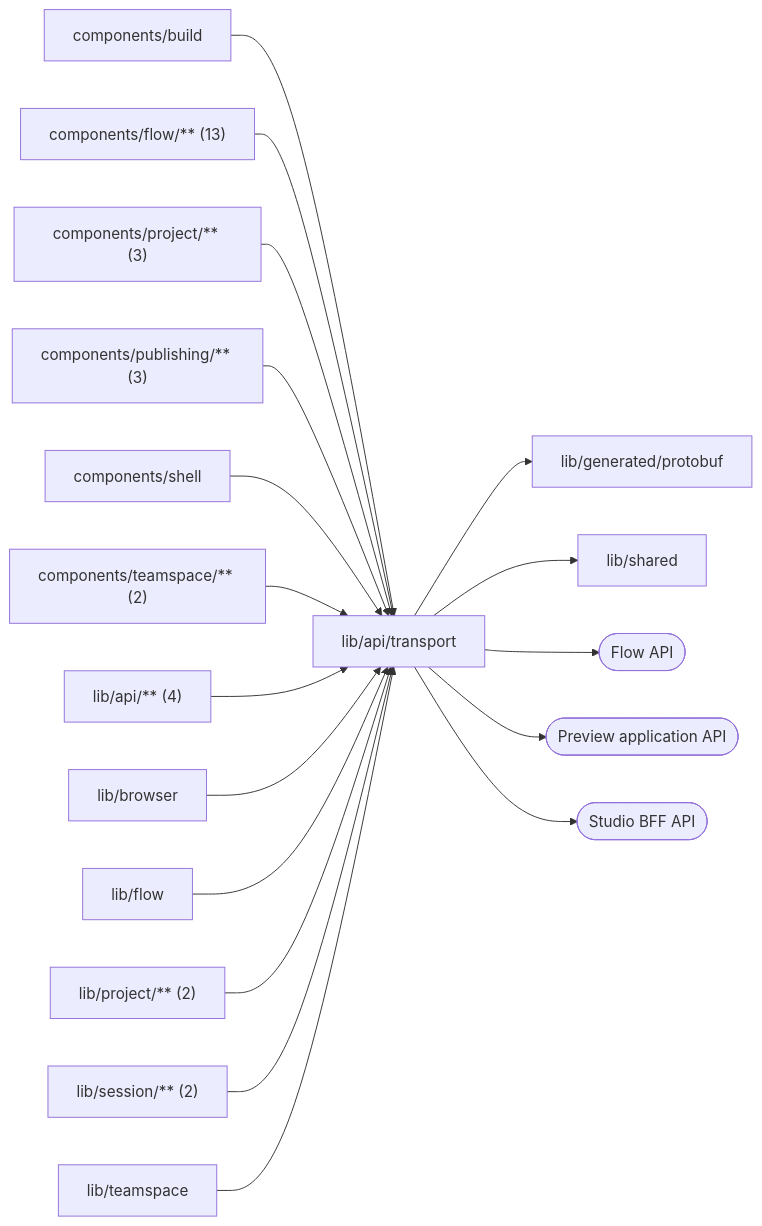
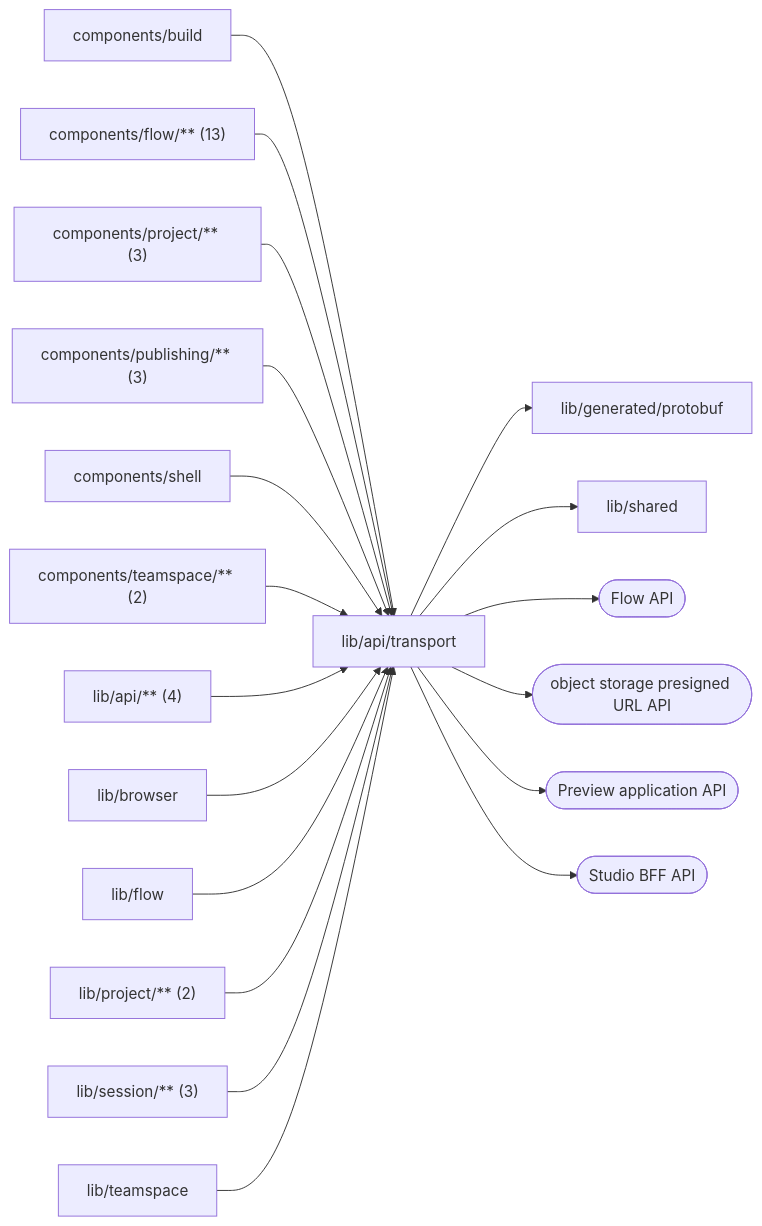
One commit to superdurable/superverse changed the diagram in web/studio/lib/api/transport/README.md. Above: the diagram before and after it, drawn with Mermaid. The commit also changed other lines of this file and 259 other files, not shown here.

````diff
--- a/web/studio/lib/api/transport/README.md
+++ b/web/studio/lib/api/transport/README.md
@@ -10,21 +10,22 @@
 ```mermaid
 flowchart LR
   self["lib/api/transport"]
   c0["components/build"] --> self
   c1["components/flow/** (13)"] --> self
   c2["components/project/** (3)"] --> self
   c3["components/publishing/** (3)"] --> self
   c4["components/shell"] --> self
   c5["components/teamspace/** (2)"] --> self
   c6["lib/api/** (4)"] --> self
   c7["lib/browser"] --> self
   c8["lib/flow"] --> self
   c9["lib/project/** (2)"] --> self
-  c10["lib/session/** (2)"] --> self
+  c10["lib/session/** (3)"] --> self
   c11["lib/teamspace"] --> self
   self --> d0["lib/generated/protobuf"]
   self --> d1["lib/shared"]
   self --> e0(["Flow API"])
-  self --> e1(["Preview application API"])
-  self --> e2(["Studio BFF API"])
+  self --> e1(["object storage presigned URL API"])
+  self --> e2(["Preview application API"])
+  self --> e3(["Studio BFF API"])
 ```
````
